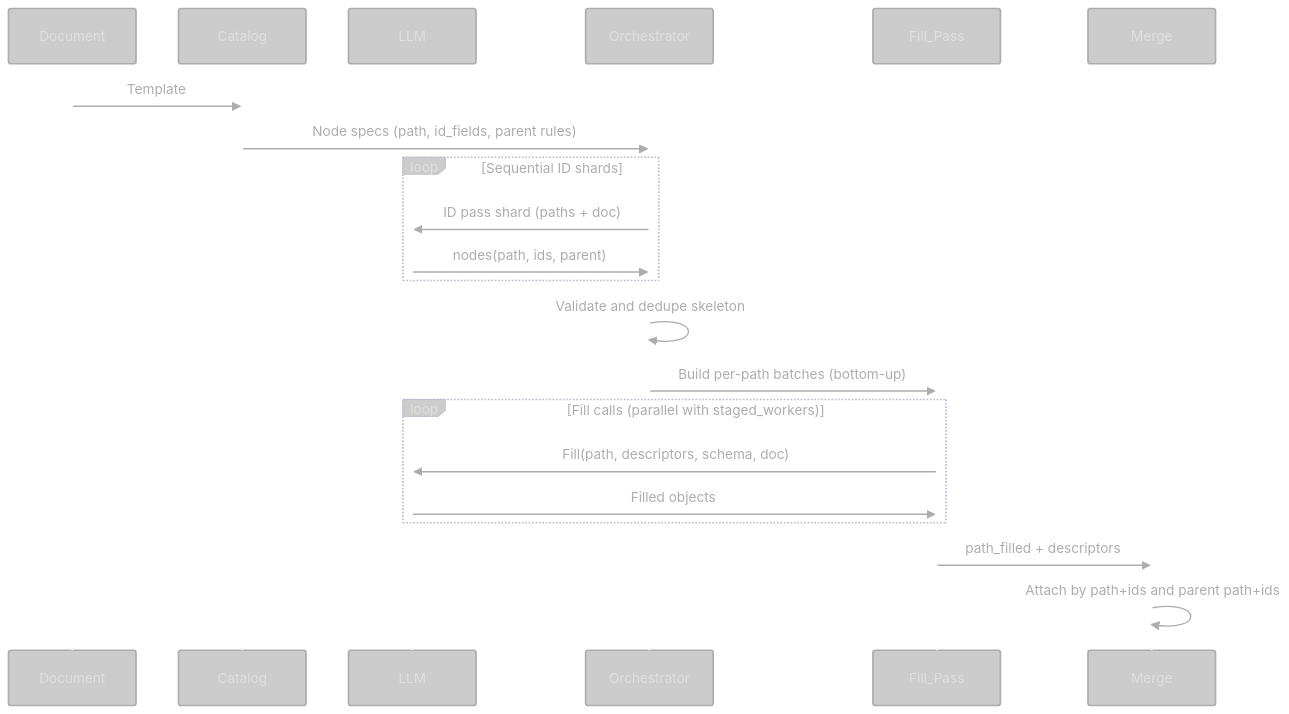
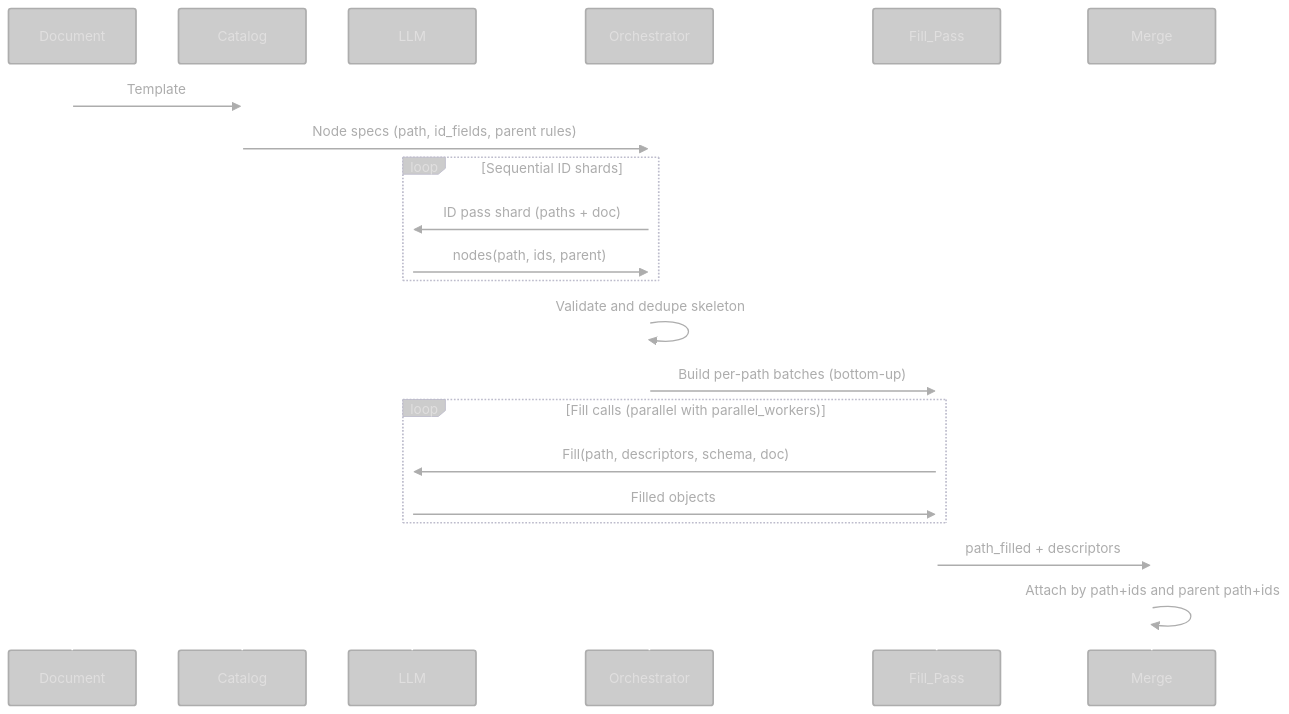
The diagram in docs/assets/flowcharts/staged_extraction.md (IBM/docling-graph), drawn with Mermaid before and after one commit. The commit also changed 28 other files, not shown here.

Commit message:
docs(delta): document delta extraction contract (flat graph IR), config/CLI flags, and migration notes

````diff
--- a/docs/assets/flowcharts/staged_extraction.md
+++ b/docs/assets/flowcharts/staged_extraction.md
@@ -1,27 +1,27 @@
 ```mermaid
 %%{init: {'theme': 'redux-dark', 'look': 'default', 'layout': 'elk',
   'themeVariables': {'loopTextColor': '#ADADAD', 'signalColor': '#ADADAD', 'signalTextColor': '#ADADAD', 'actorBkg': '#CCCCCC', 'actorBorder': '#ADADAD'}
 }}%%
 sequenceDiagram
   participant Doc as Document
   participant Catalog as Catalog
   participant LLM as LLM
   participant Orch as Orchestrator
   participant Fill as Fill_Pass
   participant Merge as Merge
 
   Doc->>Catalog: Template
   Catalog->>Orch: Node specs (path, id_fields, parent rules)
   loop Sequential ID shards
     Orch->>LLM: ID pass shard (paths + doc)
     LLM->>Orch: nodes(path, ids, parent)
   end
   Orch->>Orch: Validate and dedupe skeleton
   Orch->>Fill: Build per-path batches (bottom-up)
-  loop Fill calls (parallel with staged_workers)
+  loop Fill calls (parallel with parallel_workers)
     Fill->>LLM: Fill(path, descriptors, schema, doc)
     LLM->>Fill: Filled objects
   end
   Fill->>Merge: path_filled + descriptors
   Merge->>Merge: Attach by path+ids and parent path+ids
 ```
````
